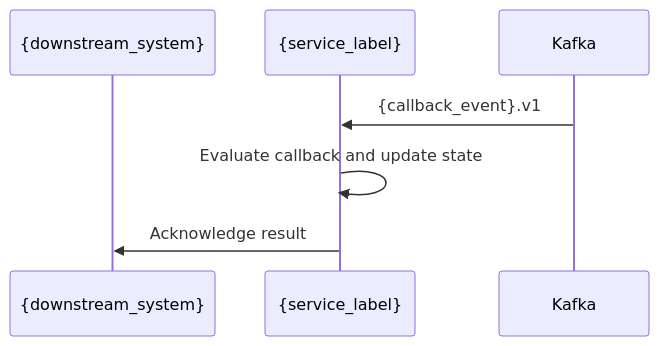
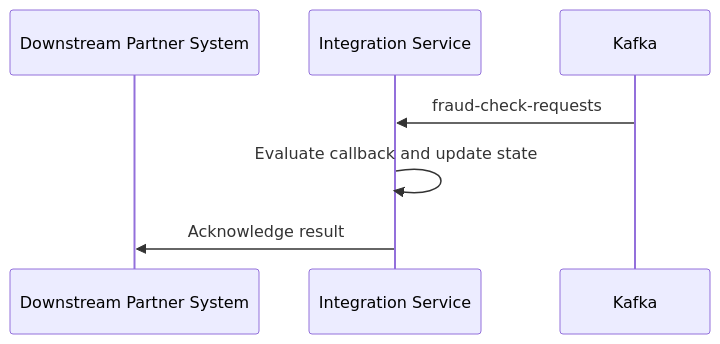
The fifth of 7 diagrams in HLD.md (srinivma1/awesome-copilot), drawn with Mermaid before and after one commit. The commit also changed other lines of this file, not shown here.

````diff
--- a/HLD.md
+++ b/HLD.md
@@ -589,9 +588,9 @@
 ```mermaid
 sequenceDiagram
-    participant F as {downstream_system}
-    participant S as {service_label}
+    participant F as Downstream Partner System
+    participant S as Integration Service
     participant K as Kafka
-    K->>S: {callback_event}.v1
+    K->>S: fraud-check-requests
     S->>S: Evaluate callback and update state
     S->>F: Acknowledge result
 ```
````
